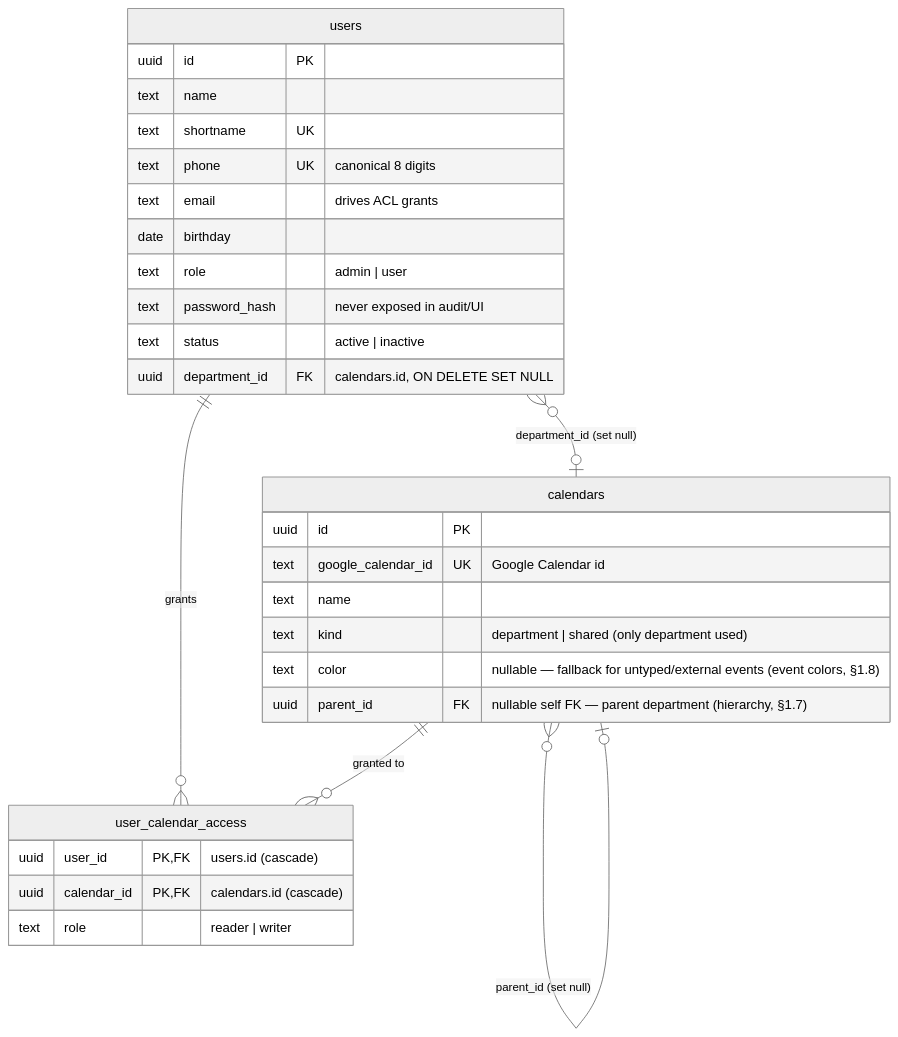
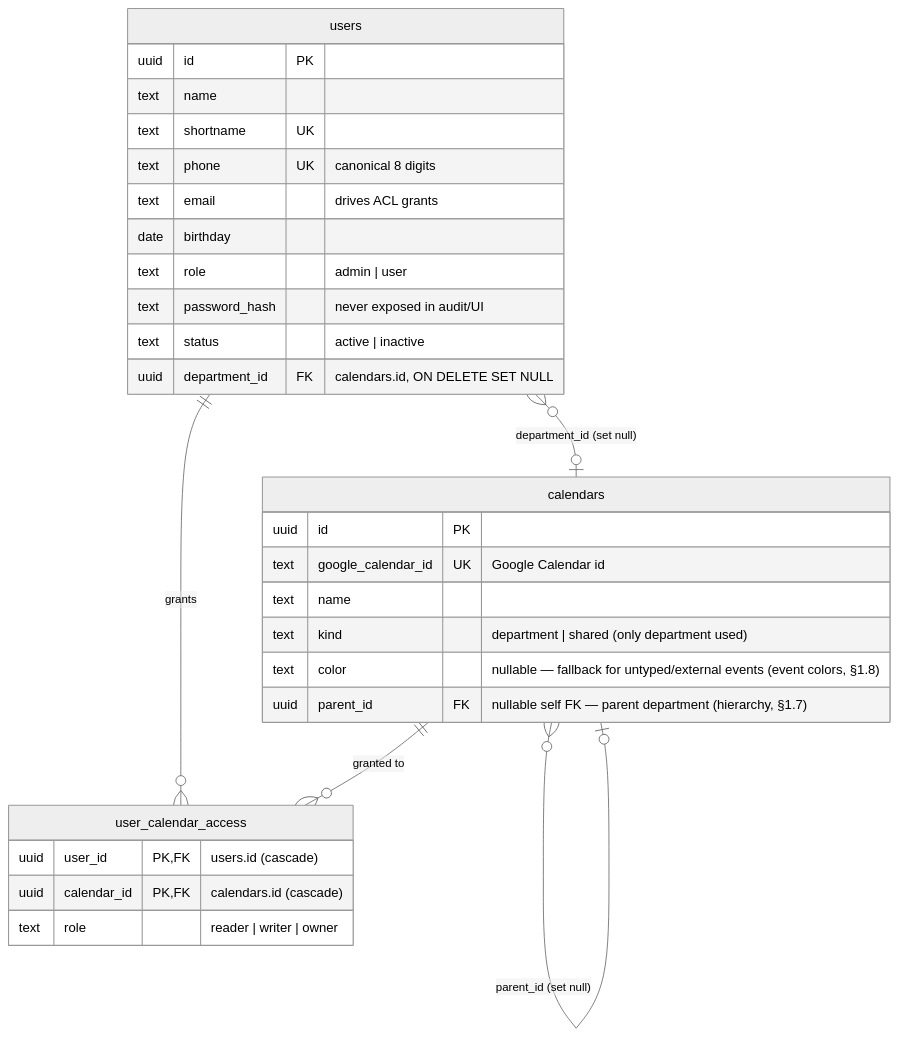
The second of 6 diagrams in docs/roster-sharing.md (oncloudnintynineone-source/cloudy2), drawn with Mermaid (neutral theme) before and after one commit. The commit also changed other lines of this file and 33 other files, not shown here.

Commit message:
feat(events): add timed View-event action to save toast

````diff
--- a/docs/roster-sharing.md
+++ b/docs/roster-sharing.md
@@ -110,32 +110,32 @@
 ```mermaid
 erDiagram
-    calendars {
-        uuid id PK
-        text google_calendar_id UK "Google Calendar id"
-        text name
-        text kind "department | shared (only department used)"
-        text color "nullable — fallback for untyped/external events (event colors, §1.8)"
-        uuid parent_id FK "nullable self FK — parent department (hierarchy, §1.7)"
-    }
-    users {
-        uuid id PK
-        text name
-        text shortname UK
-        text phone UK "canonical 8 digits"
-        text email "drives ACL grants"
-        date birthday
-        text role "admin | user"
-        text password_hash "never exposed in audit/UI"
-        text status "active | inactive"
-        uuid department_id FK "calendars.id, ON DELETE SET NULL"
-    }
-    users }o--o| calendars : "department_id (set null)"
-    calendars }o--o| calendars : "parent_id (set null)"
-    user_calendar_access {
-        uuid user_id PK, FK "users.id (cascade)"
-        uuid calendar_id PK, FK "calendars.id (cascade)"
-        text role "reader | writer"
-    }
-    users ||--o{ user_calendar_access : "grants"
-    calendars ||--o{ user_calendar_access : "granted to"
+ calendars {
+ uuid id PK
+ text google_calendar_id UK "Google Calendar id"
+ text name
+ text kind "department | shared (only department used)"
+ text color "nullable — fallback for untyped/external events (event colors, §1.8)"
+ uuid parent_id FK "nullable self FK — parent department (hierarchy, §1.7)"
+ }
+ users {
+ uuid id PK
+ text name
+ text shortname UK
+ text phone UK "canonical 8 digits"
+ text email "drives ACL grants"
+ date birthday
+ text role "admin | user"
+ text password_hash "never exposed in audit/UI"
+ text status "active | inactive"
+ uuid department_id FK "calendars.id, ON DELETE SET NULL"
+ }
+ users }o--o| calendars : "department_id (set null)"
+ calendars }o--o| calendars : "parent_id (set null)"
+ user_calendar_access {
+ uuid user_id PK, FK "users.id (cascade)"
+ uuid calendar_id PK, FK "calendars.id (cascade)"
+ text role "reader | writer | owner"
+ }
+ users ||--o{ user_calendar_access : "grants"
+ calendars ||--o{ user_calendar_access : "granted to"
 ```
````
